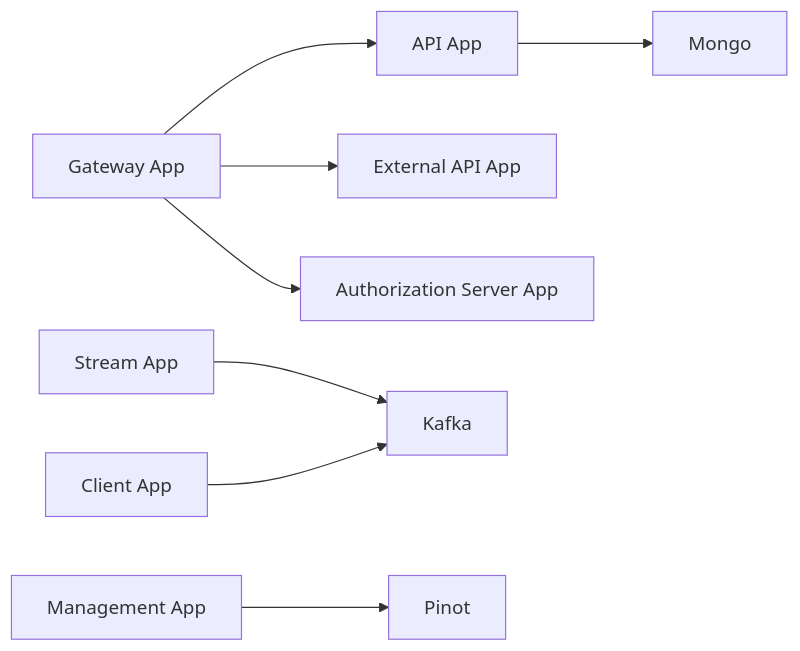
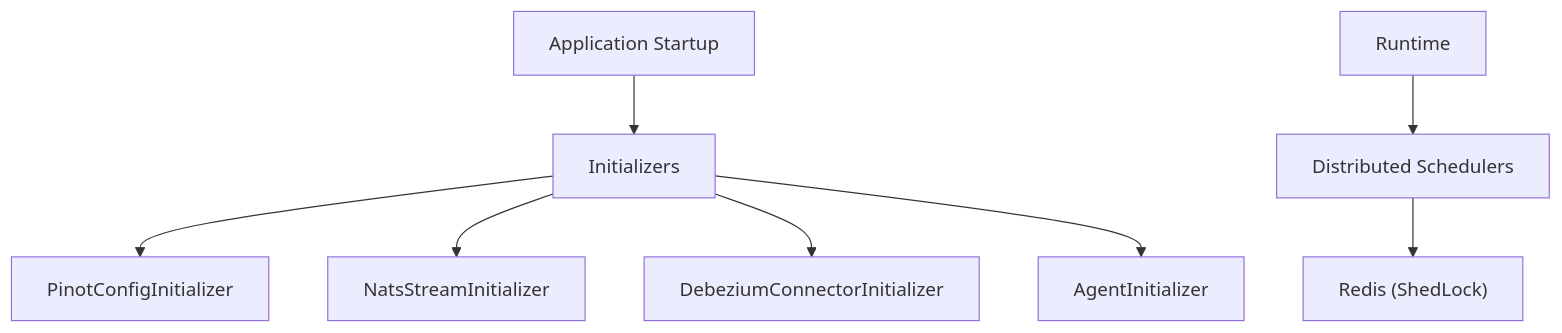
The sixth of 8 diagrams in docs/architecture/README.md (Praesto-Pro/openframe-oss-tenant), drawn with Mermaid before and after one commit. The commit also changed other lines of this file and 174 other files, not shown here.

````diff
--- a/docs/architecture/README.md
+++ b/docs/architecture/README.md
@@ -380,11 +197,11 @@
 ```mermaid
-flowchart LR
-    GatewayApp["Gateway App"] --> ApiApp["API App"]
-    GatewayApp --> ExternalApiApp["External API App"]
-    GatewayApp --> AuthApp["Authorization Server App"]
-    
-    ApiApp --> Mongo
-    StreamApp["Stream App"] --> Kafka
-    ManagementApp["Management App"] --> Pinot
-    ClientApp["Client App"] --> Kafka
+flowchart TD
+    Boot["Application Startup"] --> Init["Initializers"]
+    Init --> PinotInit["PinotConfigInitializer"]
+    Init --> NatsInit["NatsStreamInitializer"]
+    Init --> DebeziumInit["DebeziumConnectorInitializer"]
+    Init --> AgentInit["AgentInitializer"]
+
+    Runtime["Runtime"] --> Schedulers["Distributed Schedulers"]
+    Schedulers --> RedisLock["Redis (ShedLock)"]
 ```
````
